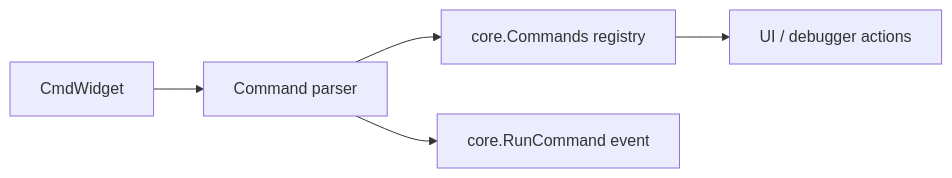
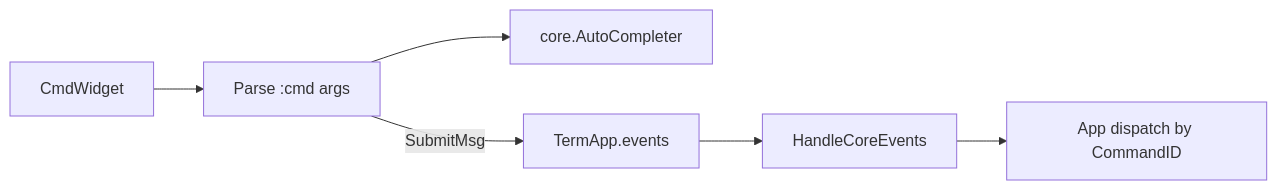
Before and after one commit to yairgd/gdbforge: the third of 3 diagrams in docs/INPUT.md, drawn with Mermaid. The commit also changed other lines of this file and 9 other files, not shown here.

````diff
--- a/docs/INPUT.md
+++ b/docs/INPUT.md
@@ -169,11 +175,12 @@
 ```mermaid
 flowchart LR
     CmdLine["CmdWidget"]
-    Parser["Command parser"]
-    Registry["core.Commands registry"]
-    Handler["UI / debugger actions"]
-    Event["core.RunCommand event"]
+    Parse["Parse :cmd args"]
+    Completer["core.AutoCompleter"]
+    Bus["TermApp.events"]
+    Handler["HandleCoreEvents"]
+    Actions["App dispatch by CommandID"]
 
-    CmdLine --> Parser --> Registry --> Handler
-    Parser --> Event
+    CmdLine --> Parse --> Completer
+    Parse -->|"SubmitMsg"| Bus --> Handler --> Actions
 ```
````
